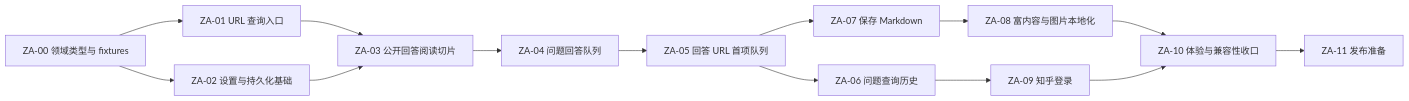
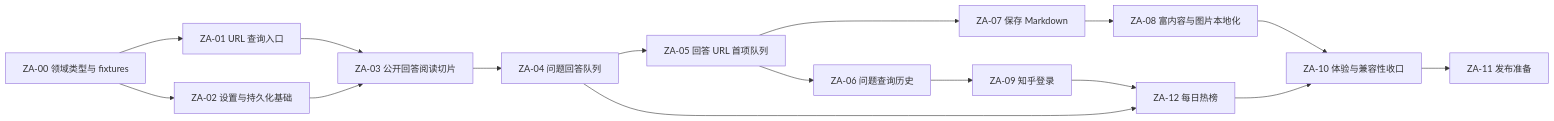
The diagram in docs/IMPLEMENTATION-PLAN.md (iamzay/obsidian-zhihu-reader), drawn with Mermaid before and after one commit. The commit also changed other lines of this file and 19 other files, not shown here.

````diff
--- a/docs/IMPLEMENTATION-PLAN.md
+++ b/docs/IMPLEMENTATION-PLAN.md
@@ -36,16 +37,18 @@
 ```mermaid
 flowchart LR
     T00["ZA-00 领域类型与 fixtures"] --> T01["ZA-01 URL 查询入口"]
     T00 --> T02["ZA-02 设置与持久化基础"]
     T01 --> T03["ZA-03 公开回答阅读切片"]
     T02 --> T03
     T03 --> T04["ZA-04 问题回答队列"]
     T04 --> T05["ZA-05 回答 URL 首项队列"]
     T05 --> T06["ZA-06 问题查询历史"]
     T05 --> T07["ZA-07 保存 Markdown"]
     T07 --> T08["ZA-08 富内容与图片本地化"]
     T06 --> T09["ZA-09 知乎登录"]
     T08 --> T10["ZA-10 体验与兼容性收口"]
-    T09 --> T10
+    T09 --> T12["ZA-12 每日热榜"]
+    T04 --> T12
+    T12 --> T10
     T10 --> T11["ZA-11 发布准备"]
 ```
````
